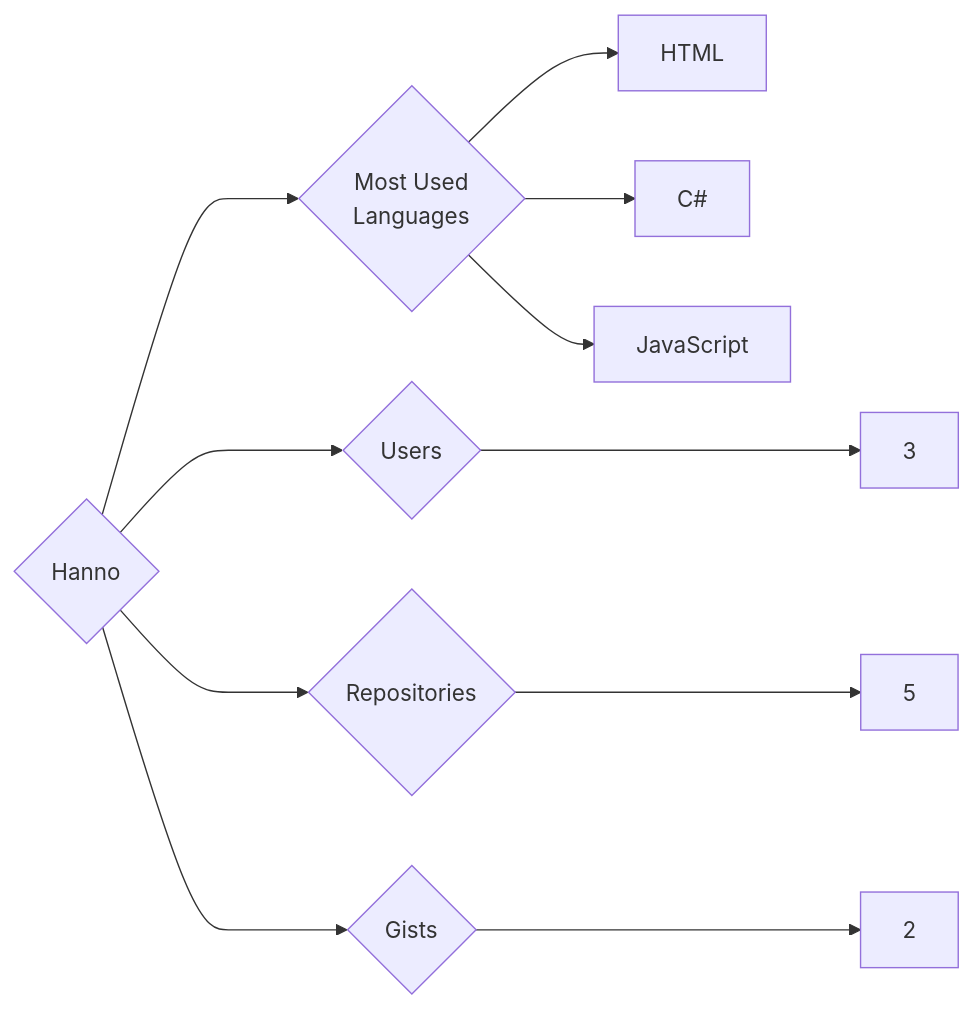
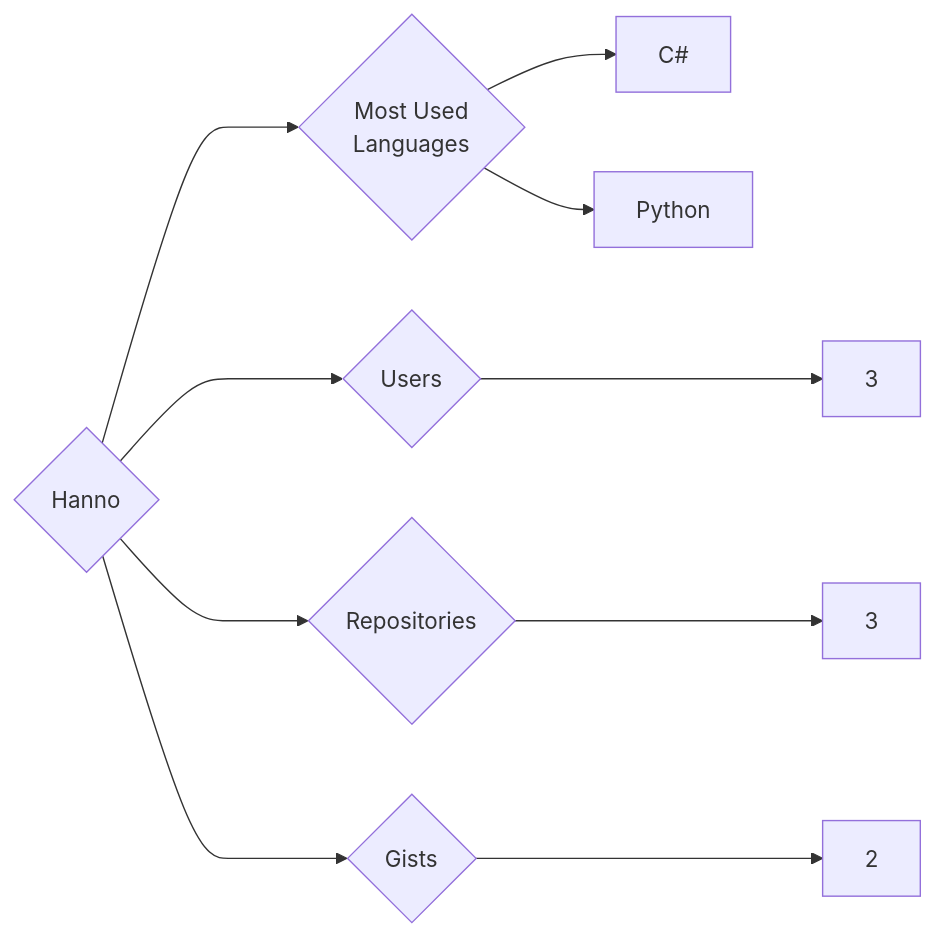
The diagram in targets/Hanno/README.md (trickest/insiders), drawn with Mermaid before and after one commit. The commit also changed 965 other files, not shown here.

````diff
--- a/targets/Hanno/README.md
+++ b/targets/Hanno/README.md
@@ -3,11 +3,10 @@
 ```mermaid
 graph LR
 COMPANY_NAME{Hanno}
 COMPANY_NAME ---> U{Users} ---> UN[3]
-COMPANY_NAME ---> R{Repositories} ---> RN[5]
+COMPANY_NAME ---> R{Repositories} ---> RN[3]
 COMPANY_NAME ---> G{Gists} ---> GN[2]
 COMPANY_NAME ---> ML{Most Used<br>Languages}
-ML --> HTML[HTML]
 ML --> C#[C#]
-ML --> JavaScript[JavaScript]
+ML --> Python[Python]
 ```
````
